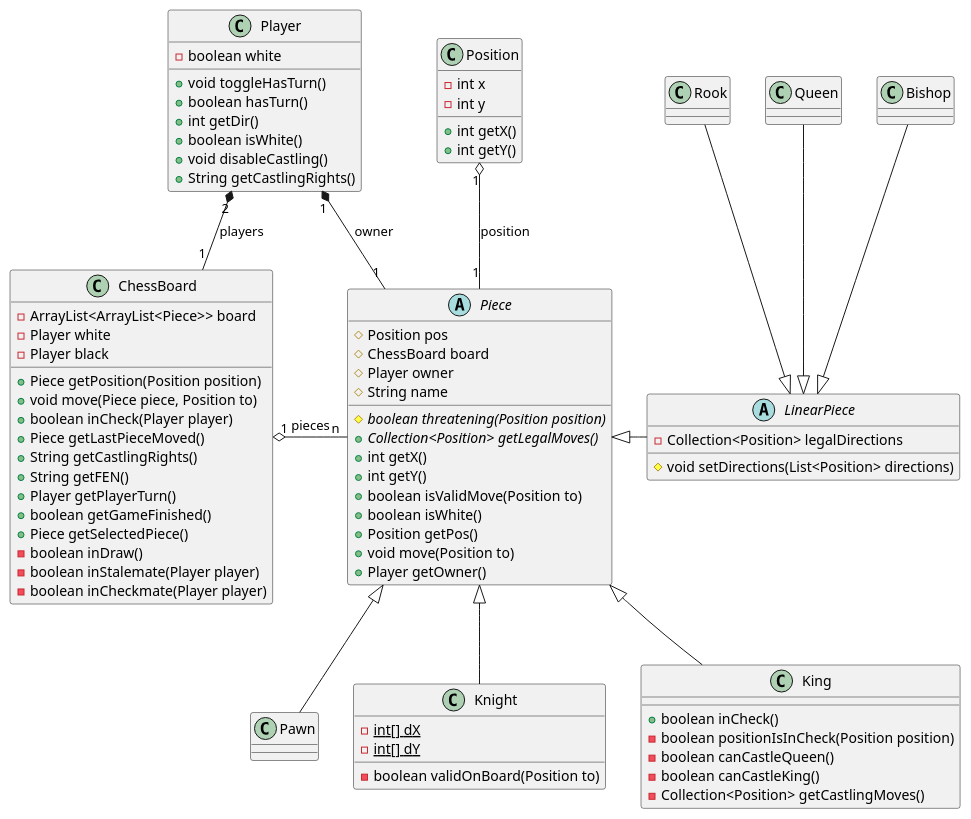
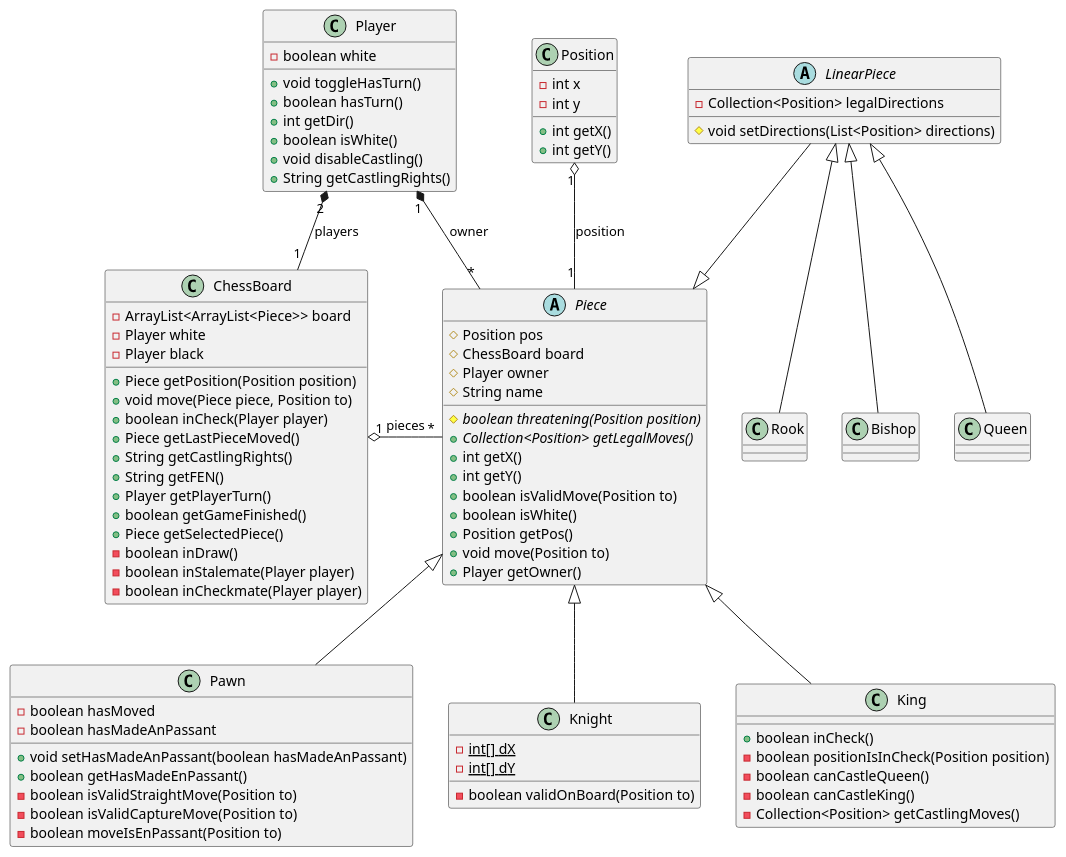
The diagram in dokumentasjon/classdiagram.puml (runarmod/chess-java), drawn with PlantUML before and after one commit. The commit also changed 2 other files, not shown here.

Commit message:
updated classdiagram

```diff
--- a/dokumentasjon/classdiagram.puml
+++ b/dokumentasjon/classdiagram.puml
@@ -1,105 +1,113 @@
 @startuml classdiagram
 
 class ChessBoard {
     -ArrayList<ArrayList<Piece>> board
     -Player white
     -Player black
 
     +Piece getPosition(Position position)
     +void move(Piece piece, Position to)
     +boolean inCheck(Player player)
     +Piece getLastPieceMoved()
     +String getCastlingRights()
     +String getFEN()
     +Player getPlayerTurn()
     +boolean getGameFinished()
     +Piece getSelectedPiece()
     -boolean inDraw()
     -boolean inStalemate(Player player)
     -boolean inCheckmate(Player player)
 }
 
 class Position {
     -int x
     -int y
+
     +int getX()
     +int getY()
 }
 
 class Player {
     -boolean white
 
     +void toggleHasTurn()
     +boolean hasTurn()
     +int getDir()
     +boolean isWhite()
     +void disableCastling()
     +String getCastlingRights()
 }
 
 abstract class Piece {
     #Position pos
     #ChessBoard board
     #Player owner
     #String name
 
     #{abstract} boolean threatening(Position position)
     +{abstract} Collection<Position> getLegalMoves()
     +int getX()
     +int getY()
     +boolean isValidMove(Position to)
     +boolean isWhite()
     +Position getPos()
     +void move(Position to)
     +Player getOwner()
 }
 
 abstract class LinearPiece {
     -Collection<Position> legalDirections
 
     #void setDirections(List<Position> directions)
 }
 
 class Bishop {
 }
 
 class Queen {
 }
 
 class Rook {
 }
 
 class Pawn {
+    -boolean hasMoved
+    -boolean hasMadeAnPassant
+
+    +void setHasMadeAnPassant(boolean hasMadeAnPassant)
+    +boolean getHasMadeEnPassant()
+    -boolean isValidStraightMove(Position to)
+    -boolean isValidCaptureMove(Position to)
+    -boolean moveIsEnPassant(Position to)
 }
 
 class Knight {
     -{static} int[] dX
     -{static} int[] dY
 
     -boolean validOnBoard(Position to)
 }
 
 class King {
     +boolean inCheck()
     -boolean positionIsInCheck(Position position)
     -boolean canCastleQueen()
     -boolean canCastleKing()
     -Collection<Position> getCastlingMoves()
 }
 
 Player "2" *-- "1" ChessBoard : "players"
-ChessBoard "1" o-r- "n" Piece : "pieces"
+ChessBoard "1" o-r- "*" Piece : "pieces"
 Position "1" o-- "1" Piece : "position"
-Player "1" *-r- "1" Piece : "owner"
+Player "1" *-r- "*" Piece : "owner"
 
 Piece <|-- Pawn
 Piece <|-- Knight
 Piece <|-- King
-Piece <|-r- LinearPiece
+Piece <|-u- LinearPiece
 
-LinearPiece <|-u- Bishop
-LinearPiece <|-u- Queen
-LinearPiece <|-u- Rook
-
+LinearPiece <|-d- Bishop
+LinearPiece <|-d- Queen
+LinearPiece <|-d- Rook
 
 @enduml
```
